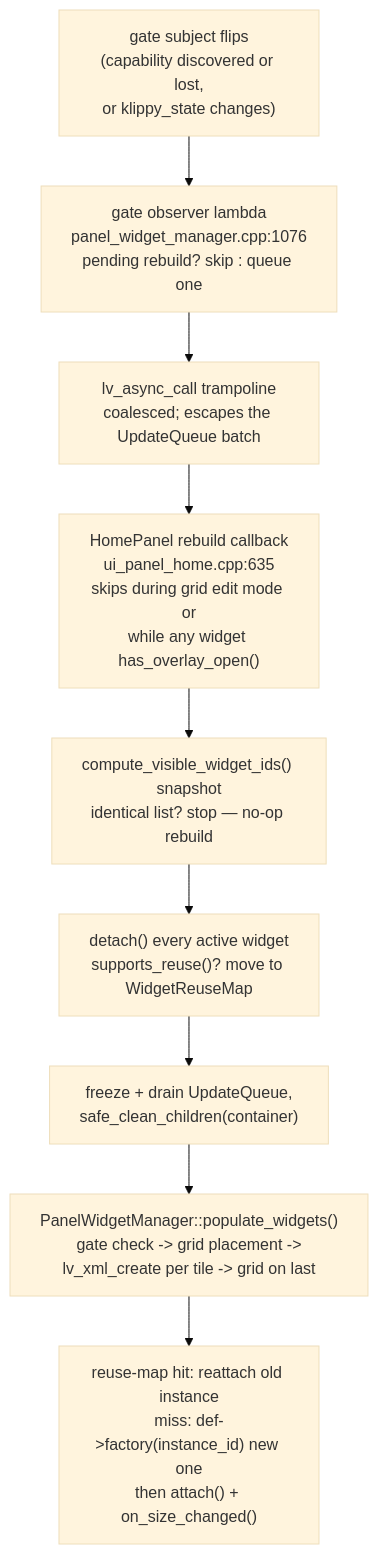
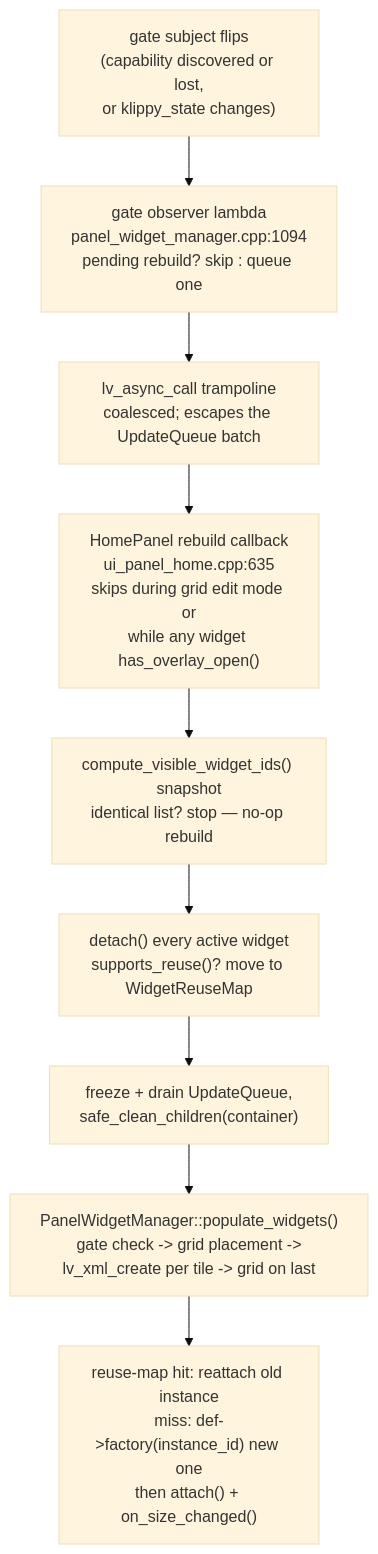
One commit to Klipper4FlashForge/helixscreen changed the diagram in docs/devel/architecture/09-home-widgets.md. Above: the diagram before and after it, drawn with Mermaid (base theme). The commit also changed other lines of this file and 19 other files, not shown here.

````diff
--- a/docs/devel/architecture/09-home-widgets.md
+++ b/docs/devel/architecture/09-home-widgets.md
@@ -18,13 +18,13 @@
 ```mermaid
 flowchart TB
     GATE["gate subject flips<br/>(capability discovered or lost,<br/>or klippy_state changes)"]
-    OBS["gate observer lambda<br/>panel_widget_manager.cpp:1076<br/>pending rebuild? skip : queue one"]
+    OBS["gate observer lambda<br/>panel_widget_manager.cpp:1094<br/>pending rebuild? skip : queue one"]
     ASYNC["lv_async_call trampoline<br/>coalesced; escapes the UpdateQueue batch"]
     CB["HomePanel rebuild callback<br/>ui_panel_home.cpp:635<br/>skips during grid edit mode or<br/>while any widget has_overlay_open()"]
     SNAP["compute_visible_widget_ids() snapshot<br/>identical list? stop — no-op rebuild"]
     DET["detach() every active widget<br/>supports_reuse()? move to WidgetReuseMap"]
     CLEAN["freeze + drain UpdateQueue,<br/>safe_clean_children(container)"]
     POP["PanelWidgetManager::populate_widgets()<br/>gate check -> grid placement -><br/>lv_xml_create per tile -> grid on last"]
     RE["reuse-map hit: reattach old instance<br/>miss: def->factory(instance_id) new one<br/>then attach() + on_size_changed()"]
     GATE --> OBS --> ASYNC --> CB --> SNAP --> DET --> CLEAN --> POP --> RE
 ```
````
